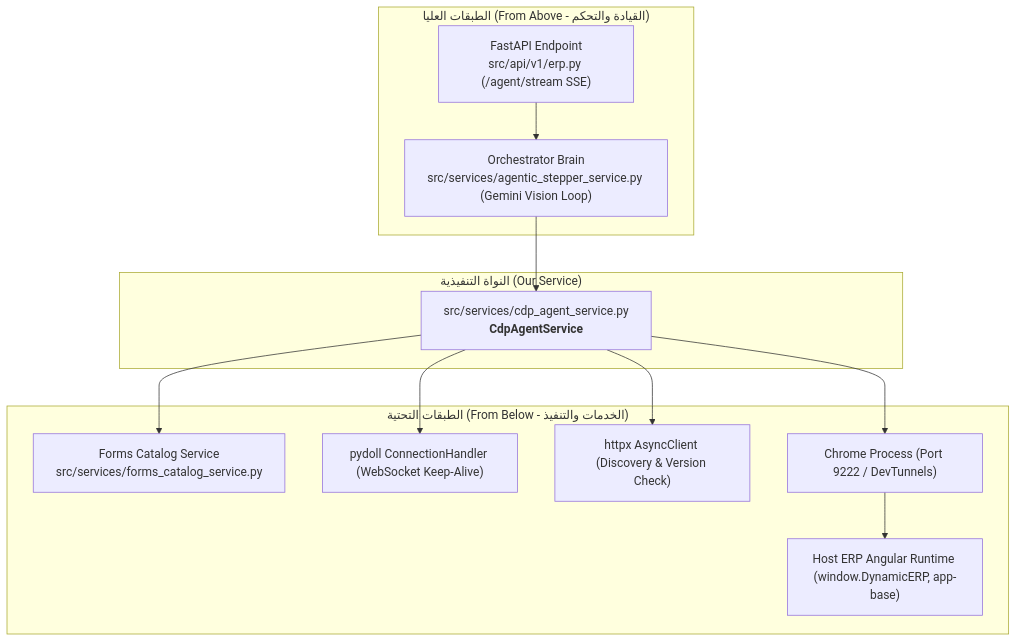
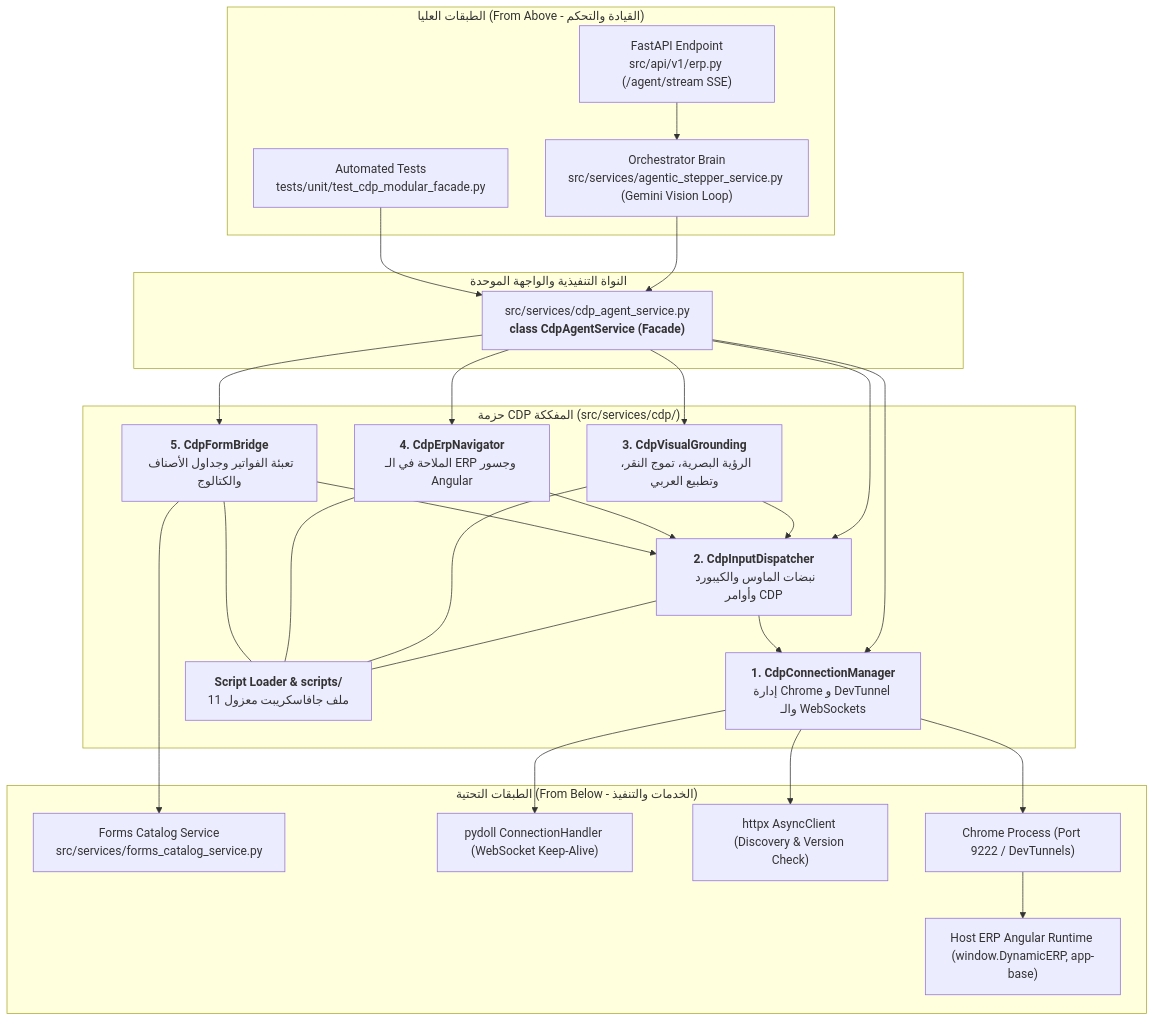
Before and after one commit to MazenDarweesh/LMS_Co_Pilot: the diagram in src/services/docs/cdp_agent_service.md, drawn with Mermaid. The commit also changed other lines of this file and 20 other files, not shown here.

First line of the commit message:
refactor(cdp): decompose cdp_agent_service into modular package with external JS scripts and unified facade

````diff
--- a/src/services/docs/cdp_agent_service.md
+++ b/src/services/docs/cdp_agent_service.md
@@ -22,27 +118,51 @@
 ```mermaid
 flowchart TD
     subgraph Upstream ["الطبقات العليا (From Above - القيادة والتحكم)"]
         API["FastAPI Endpoint<br/>src/api/v1/erp.py (/agent/stream SSE)"]
         Stepper["Orchestrator Brain<br/>src/services/agentic_stepper_service.py (Gemini Vision Loop)"]
+        Tests["Automated Tests<br/>tests/unit/test_cdp_modular_facade.py"]
     end
 
-    subgraph CoreEngine ["النواة التنفيذية (Our Service)"]
-        CDP["src/services/cdp_agent_service.py<br/><b>CdpAgentService</b>"]
+    subgraph CoreEngine ["النواة التنفيذية والواجهة الموحدة"]
+        Facade["src/services/cdp_agent_service.py<br/><b>class CdpAgentService (Facade)</b>"]
+    end
+
+    subgraph ModularPackage ["حزمة CDP المفككة (src/services/cdp/)"]
+        Conn["<b>1. CdpConnectionManager</b><br/>إدارة Chrome و DevTunnel والـ WebSockets"]
+        Input["<b>2. CdpInputDispatcher</b><br/>نبضات الماوس والكيبورد وأوامر CDP"]
+        Visual["<b>3. CdpVisualGrounding</b><br/>الرؤية البصرية، تموج النقر، وتطبيع العربي"]
+        Nav["<b>4. CdpErpNavigator</b><br/>الملاحة في الـ ERP وجسور Angular"]
+        Form["<b>5. CdpFormBridge</b><br/>تعبئة الفواتير وجداول الأصناف والكتالوج"]
+        Scripts["<b>Script Loader & scripts/</b><br/>11 ملف جافاسكريبت معزول"]
     end
 
     subgraph Downstream ["الطبقات التحتية (From Below - الخدمات والتنفيذ)"]
         Catalog["Forms Catalog Service<br/>src/services/forms_catalog_service.py"]
         PyDoll["pydoll ConnectionHandler (WebSocket Keep-Alive)"]
         HTTPX["httpx AsyncClient (Discovery & Version Check)"]
         Chrome["Chrome Process (Port 9222 / DevTunnels)"]
         Angular["Host ERP Angular Runtime (window.DynamicERP, app-base)"]
     end
 
     API --> Stepper
-    Stepper --> CDP
-    CDP --> Catalog
-    CDP --> PyDoll
-    CDP --> HTTPX
-    CDP --> Chrome
+    Stepper --> Facade
+    Tests --> Facade
+    Facade --> Conn
+    Facade --> Input
+    Facade --> Visual
+    Facade --> Nav
+    Facade --> Form
+    Input --> Conn
+    Visual --> Input
+    Nav --> Input
+    Form --> Input
+    Input --- Scripts
+    Visual --- Scripts
+    Nav --- Scripts
+    Form --- Scripts
+    Form --> Catalog
+    Conn --> PyDoll
+    Conn --> HTTPX
+    Conn --> Chrome
     Chrome --> Angular
 ```
````
